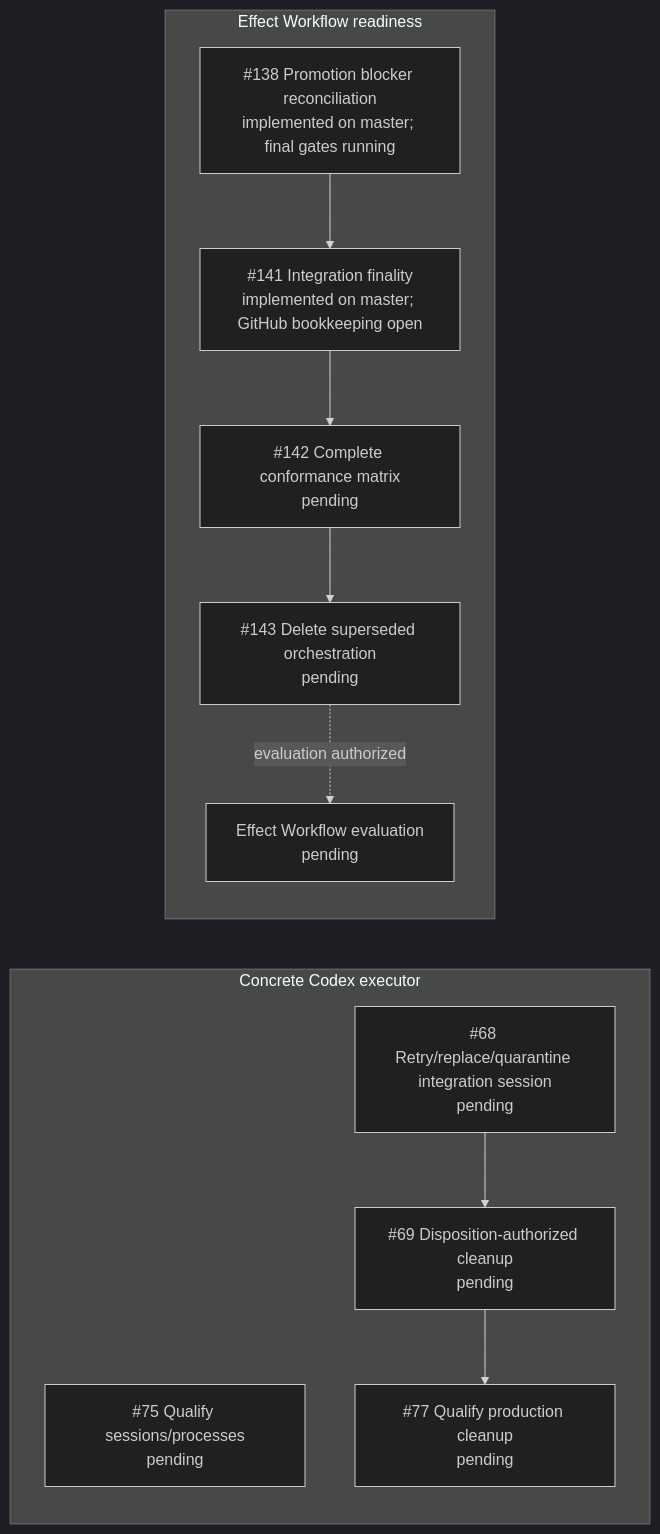
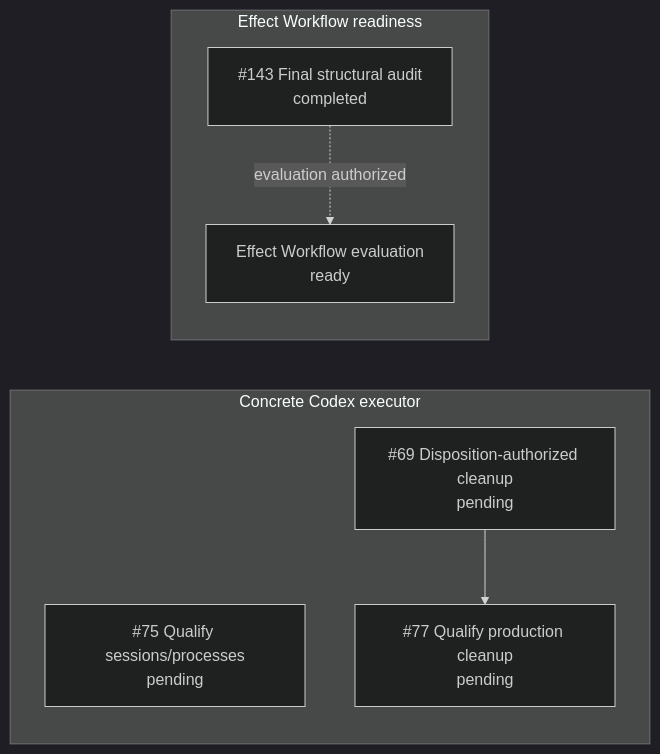
One commit to dearlordylord/dalph changed the diagram in research/effect-workflow-prerequisite-subgraph.md. Above: the diagram before and after it, drawn with Mermaid (dark theme). The commit also changed other lines of this file and 63 other files, not shown here.

````diff
--- a/research/effect-workflow-prerequisite-subgraph.md
+++ b/research/effect-workflow-prerequisite-subgraph.md
@@ -1,25 +1,16 @@
 ```mermaid
 flowchart LR
   subgraph concrete["Concrete Codex executor"]
     i75["#75 Qualify sessions/processes<br/>pending"]
-    i68["#68 Retry/replace/quarantine integration session<br/>pending"]
     i69["#69 Disposition-authorized cleanup<br/>pending"]
     i77["#77 Qualify production cleanup<br/>pending"]
   end
 
   subgraph workflow["Effect Workflow readiness"]
-    i138["#138 Promotion blocker reconciliation<br/>implemented on master; final gates running"]
-    i141["#141 Integration finality<br/>implemented on master; GitHub bookkeeping open"]
-    i142["#142 Complete conformance matrix<br/>pending"]
-    i143["#143 Delete superseded orchestration<br/>pending"]
-    effectWorkflow["Effect Workflow evaluation<br/>pending"]
+    i143["#143 Final structural audit<br/>completed"]
+    effectWorkflow["Effect Workflow evaluation<br/>ready"]
   end
 
-  i68 --> i69
   i69 --> i77
-
-  i138 --> i141
-  i141 --> i142
-  i142 --> i143
   i143 -. evaluation authorized .-> effectWorkflow
 ```
````
